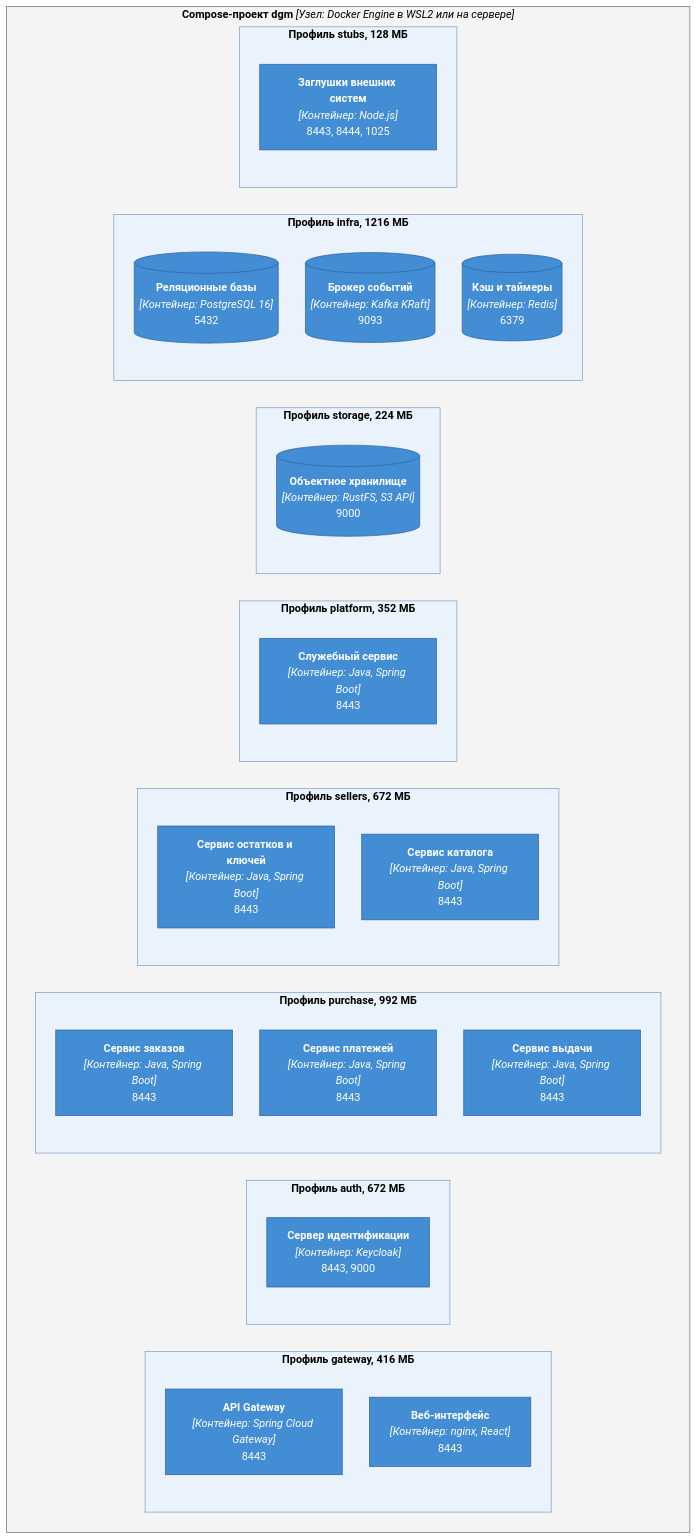
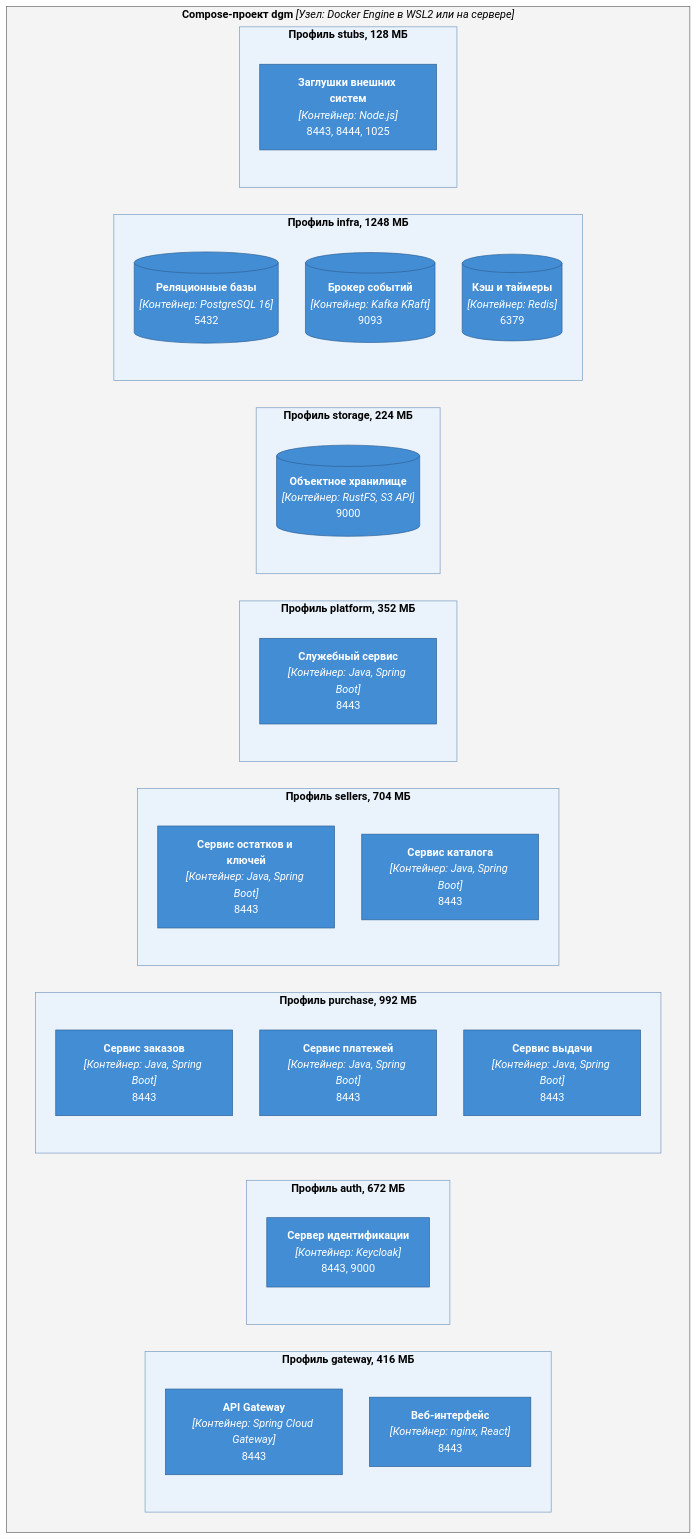
The second of 5 diagrams in docs/05-architecture/c4-deployment.md (Lapin143/digital-goods-marketplace), drawn with Mermaid before and after one commit. The commit also changed 7 other files, not shown here.

````diff
--- a/docs/05-architecture/c4-deployment.md
+++ b/docs/05-architecture/c4-deployment.md
@@ -78,48 +78,48 @@
 ```mermaid
 %%{init: {"theme":"base","themeVariables":{"edgeLabelBackground":"#ffffff","lineColor":"#444444"},"flowchart": {"nodeSpacing": 40, "rankSpacing": 60, "curve": "basis"}}}%%
 flowchart TB
     subgraph laptop["<b>Compose-проект dgm</b> <i>[Узел: Docker Engine в WSL2 или на сервере]</i>"]
         subgraph p-gateway["<b>Профиль gateway, 416 МБ</b>"]
             api-gateway["<b>API Gateway</b><br/><i>[Контейнер: Spring Cloud Gateway]</i><br/>8443"]
             web-app["<b>Веб-интерфейс</b><br/><i>[Контейнер: nginx, React]</i><br/>8443"]
         end
         subgraph p-auth["<b>Профиль auth, 672 МБ</b>"]
             keycloak["<b>Сервер идентификации</b><br/><i>[Контейнер: Keycloak]</i><br/>8443, 9000"]
         end
         subgraph p-purchase["<b>Профиль purchase, 992 МБ</b>"]
             order-service["<b>Сервис заказов</b><br/><i>[Контейнер: Java, Spring Boot]</i><br/>8443"]
             payment-service["<b>Сервис платежей</b><br/><i>[Контейнер: Java, Spring Boot]</i><br/>8443"]
             delivery-service["<b>Сервис выдачи</b><br/><i>[Контейнер: Java, Spring Boot]</i><br/>8443"]
         end
-        subgraph p-sellers["<b>Профиль sellers, 672 МБ</b>"]
+        subgraph p-sellers["<b>Профиль sellers, 704 МБ</b>"]
             inventory-service["<b>Сервис остатков и ключей</b><br/><i>[Контейнер: Java, Spring Boot]</i><br/>8443"]
             catalog-service["<b>Сервис каталога</b><br/><i>[Контейнер: Java, Spring Boot]</i><br/>8443"]
         end
         subgraph p-platform["<b>Профиль platform, 352 МБ</b>"]
             platform-service["<b>Служебный сервис</b><br/><i>[Контейнер: Java, Spring Boot]</i><br/>8443"]
         end
         subgraph p-storage["<b>Профиль storage, 224 МБ</b>"]
             object-storage[("<b>Объектное хранилище</b><br/><i>[Контейнер: RustFS, S3 API]</i><br/>9000")]
         end
-        subgraph p-infra["<b>Профиль infra, 1216 МБ</b>"]
+        subgraph p-infra["<b>Профиль infra, 1248 МБ</b>"]
             postgres[("<b>Реляционные базы</b><br/><i>[Контейнер: PostgreSQL 16]</i><br/>5432")]
             kafka[("<b>Брокер событий</b><br/><i>[Контейнер: Kafka KRaft]</i><br/>9093")]
             redis[("<b>Кэш и таймеры</b><br/><i>[Контейнер: Redis]</i><br/>6379")]
         end
         subgraph p-stubs["<b>Профиль stubs, 128 МБ</b>"]
             external-stubs["<b>Заглушки внешних систем</b><br/><i>[Контейнер: Node.js]</i><br/>8443, 8444, 1025"]
         end
     end
 
     classDef container fill:#438dd5,stroke:#2e6295,color:#ffffff
     class api-gateway,web-app,keycloak,order-service,inventory-service,payment-service,delivery-service,catalog-service,platform-service,object-storage,postgres,kafka,redis,external-stubs container
     style laptop fill:#f4f4f4,stroke:#666666,color:#000000
     style p-gateway fill:#eaf2fb,stroke:#7a9cc0,color:#000000
     style p-auth fill:#eaf2fb,stroke:#7a9cc0,color:#000000
     style p-purchase fill:#eaf2fb,stroke:#7a9cc0,color:#000000
     style p-sellers fill:#eaf2fb,stroke:#7a9cc0,color:#000000
     style p-platform fill:#eaf2fb,stroke:#7a9cc0,color:#000000
     style p-storage fill:#eaf2fb,stroke:#7a9cc0,color:#000000
     style p-infra fill:#eaf2fb,stroke:#7a9cc0,color:#000000
     style p-stubs fill:#eaf2fb,stroke:#7a9cc0,color:#000000
 ```
````
